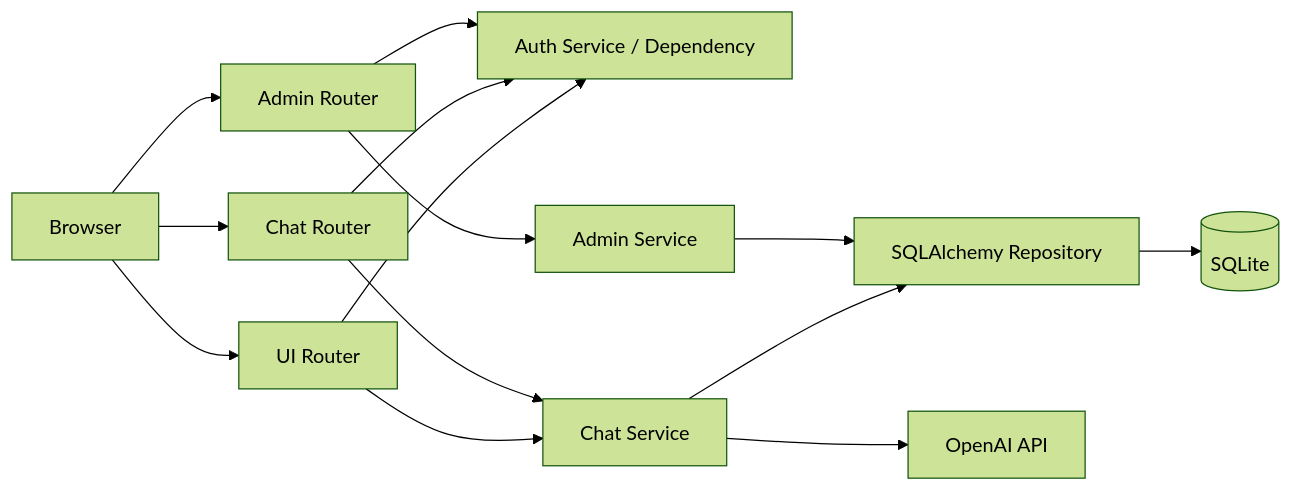
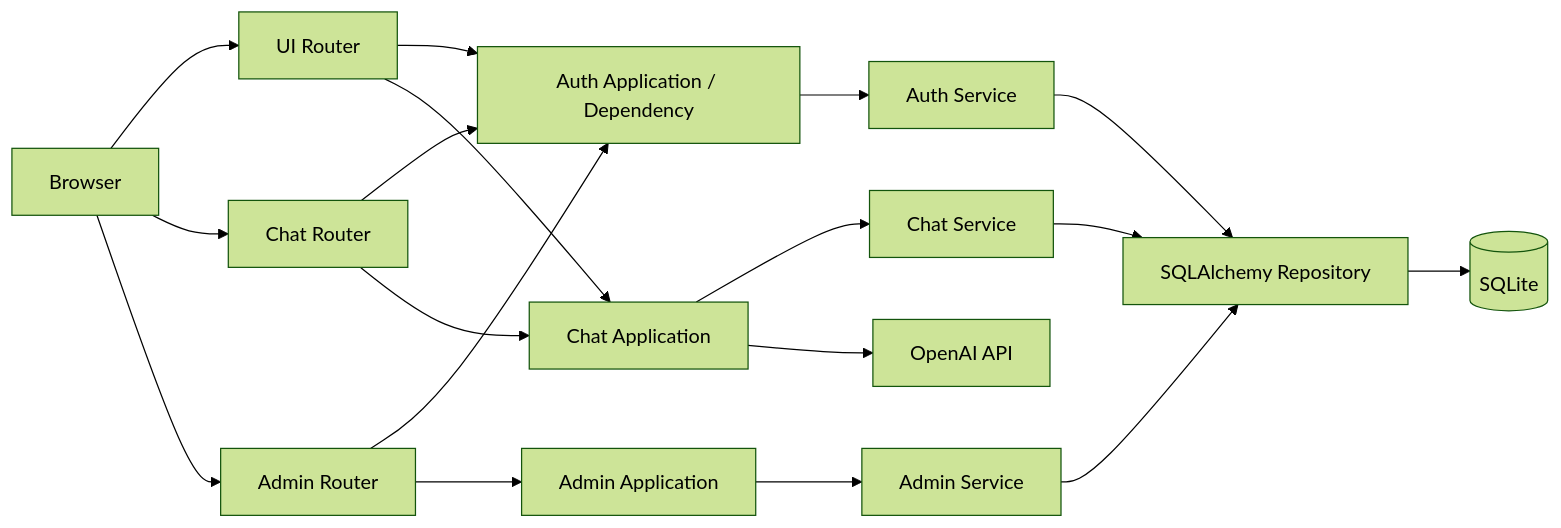
The first of 2 diagrams in README.md (shannonlee-dev/fastapi-chatbot), drawn with Mermaid (forest theme) before and after one commit. The commit also changed other lines of this file and 34 other files, not shown here.

First line of the commit message:
refactor: separate application composition from service contracts

````diff
--- a/README.md
+++ b/README.md
@@ -100,27 +100,34 @@
 ```mermaid
 flowchart LR
     Browser[Browser]
     UI[UI Router]
     ChatRouter[Chat Router]
     AdminRouter[Admin Router]
-    Auth[Auth Service / Dependency]
+    Auth[Auth Application / Dependency]
+    AuthService[Auth Service]
+    ChatApplication[Chat Application]
+    AdminApplication[Admin Application]
     ChatService[Chat Service]
     AdminService[Admin Service]
     Repository[SQLAlchemy Repository]
     DB[(SQLite)]
     OpenAI[OpenAI API]
 
     Browser --> UI
     Browser --> ChatRouter
     Browser --> AdminRouter
     UI --> Auth
-    UI --> ChatService
+    UI --> ChatApplication
     ChatRouter --> Auth
-    ChatRouter --> ChatService
+    ChatRouter --> ChatApplication
     AdminRouter --> Auth
-    AdminRouter --> AdminService
+    AdminRouter --> AdminApplication
+    Auth --> AuthService
+    AuthService --> Repository
+    ChatApplication --> ChatService
+    AdminApplication --> AdminService
     ChatService --> Repository
     AdminService --> Repository
     Repository --> DB
-    ChatService --> OpenAI
+    ChatApplication --> OpenAI
 ```
````
